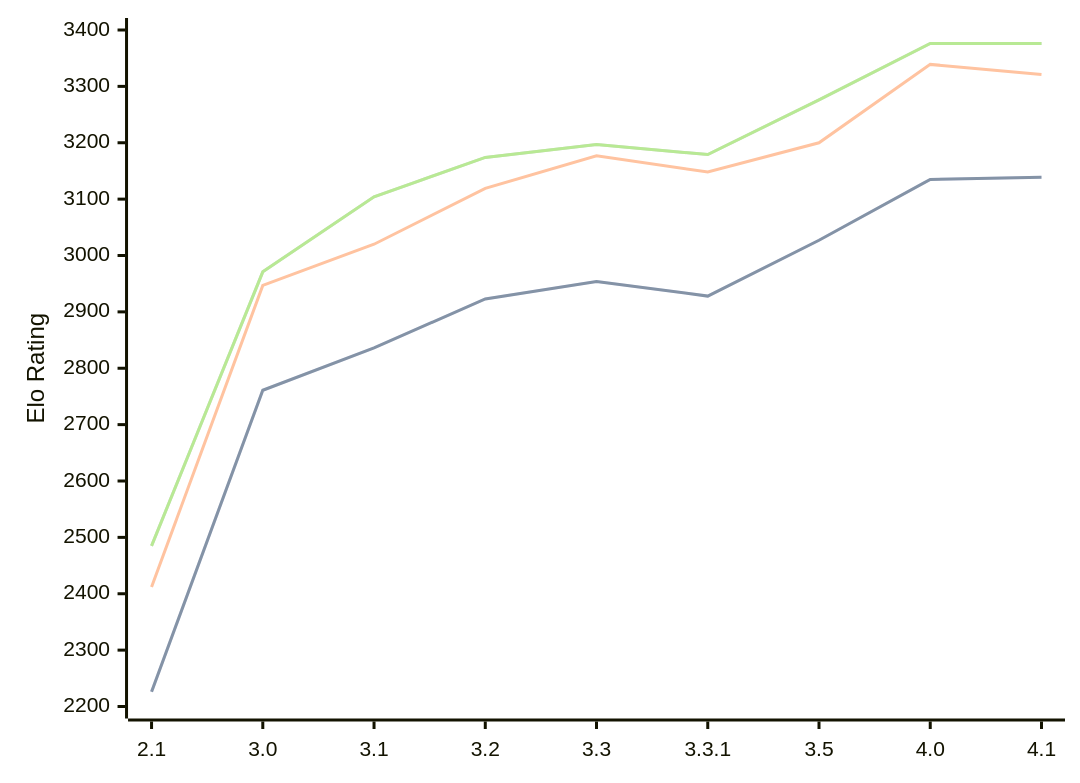
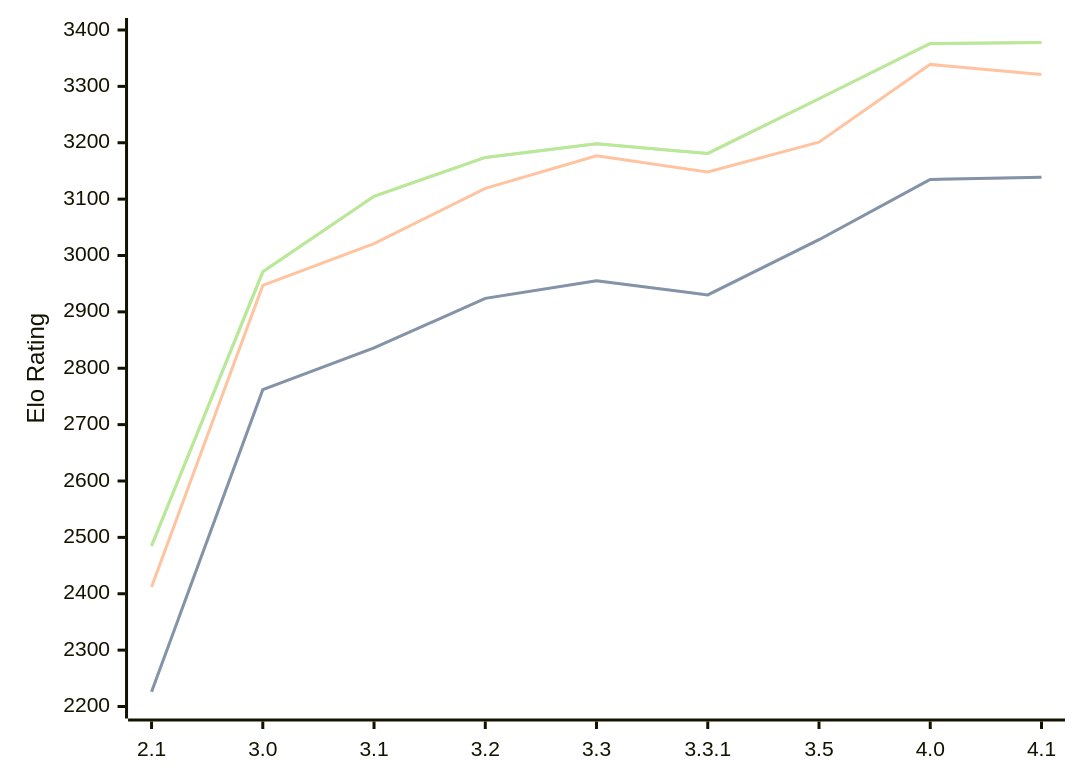
The diagram in engines/Petrel.md (computer-chess-index/cci), drawn with Mermaid before and after one commit. The commit also changed other lines of this file, not shown here.

Commit message:
Update CCI Ratings (ELO VLTC) - 2026-10-02

````diff
--- a/engines/Petrel.md
+++ b/engines/Petrel.md
@@ -39,11 +39,11 @@
 ```mermaid
 %%{init: {"theme":"base","themeVariables":{"seriesColors:['#a3a3a3','#222221','#faa371']}}}%%
 xychart-beta
   x-axis ["2.1", "3.0", "3.1", "3.2", "3.3", "3.3.1", "3.5", "4.0", "4.1"]
   y-axis "Elo Rating" 2200 --> 3400
-  line "" [2226, 2761, 2836, 2923, 2954, 2928, 3027, 3135, 3139]
-  line "STC (8.0+0.08s)" [2226, 2761, 2836, 2923, 2954, 2928, 3027, 3135, 3139]
-  line "LTC (60.0+0.60s)" [2412, 2947, 3020, 3119, 3177, 3148, 3200, 3339, 3321]
-  line "" [2485, 2971, 3104, 3174, 3197, 3179, 3276, 3376, 3376]
-  line "VLTC (2m24s+1.12s)" [2485, 2971, 3104, 3174, 3197, 3179, 3276, 3376, 3376]
+  line "" [2226, 2762, 2836, 2924, 2955, 2930, 3028, 3135, 3139]
+  line "STC (8.0+0.08s)" [2226, 2762, 2836, 2924, 2955, 2930, 3028, 3135, 3139]
+  line "LTC (60.0+0.60s)" [2412, 2947, 3021, 3119, 3177, 3148, 3201, 3339, 3321]
+  line "" [2485, 2971, 3105, 3174, 3198, 3181, 3278, 3376, 3378]
+  line "VLTC (2m24s+1.12s)" [2485, 2971, 3105, 3174, 3198, 3181, 3278, 3376, 3378]
 ```
````
